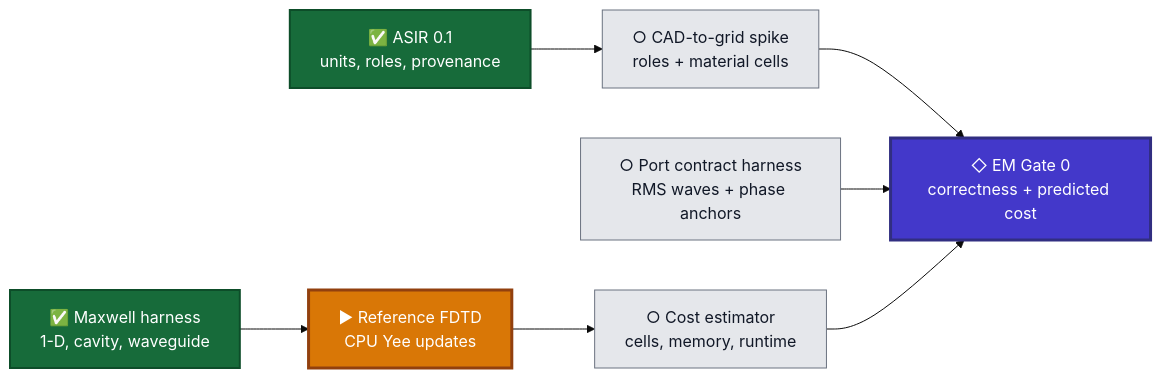
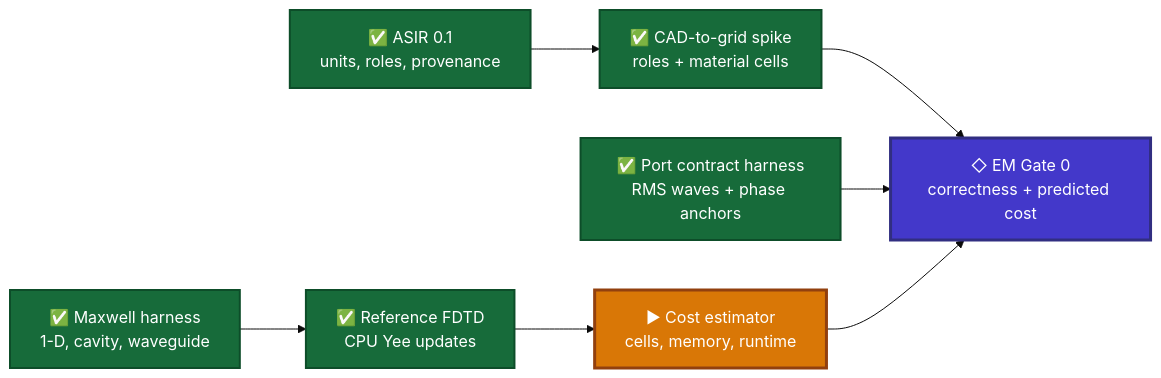
The third of 4 diagrams in docs/DEVELOPMENT_STORYBOARD.md (TJ-Engineer/EMS-Studio), drawn with Mermaid (base theme) before and after one commit. The commit also changed other lines of this file and 85 other files, not shown here.

Commit message:
checkpoint-reel3-cad-to-grid

````diff
--- a/docs/DEVELOPMENT_STORYBOARD.md
+++ b/docs/DEVELOPMENT_STORYBOARD.md
@@ -94,24 +94,23 @@
 ```mermaid
 flowchart LR
     A["✅ ASIR 0.1<br/>units, roles, provenance"]
     V["✅ Maxwell harness<br/>1-D, cavity, waveguide"]
-    D["▶ Reference FDTD<br/>CPU Yee updates"]
-    N["○ Port contract harness<br/>RMS waves + phase anchors"]
-    X["○ CAD-to-grid spike<br/>roles + material cells"]
-    E["○ Cost estimator<br/>cells, memory, runtime"]
+    D["✅ Reference FDTD<br/>CPU Yee updates"]
+    N["✅ Port contract harness<br/>RMS waves + phase anchors"]
+    X["✅ CAD-to-grid spike<br/>roles + material cells"]
+    E["▶ Cost estimator<br/>cells, memory, runtime"]
     G["◇ EM Gate 0<br/>correctness + predicted cost"]
 
     A --> X --> G
     V --> D
     N --> G
     D --> E --> G
 
     classDef current fill:#d97706,color:#ffffff,stroke:#92400e,stroke-width:3px;
     classDef done fill:#176b3a,color:#ffffff,stroke:#0d4d29,stroke-width:2px;
     classDef planned fill:#e5e7eb,color:#111827,stroke:#6b7280,stroke-width:1px;
     classDef gate fill:#4338ca,color:#ffffff,stroke:#312e81,stroke-width:3px;
-    class A,V done;
-    class D current;
-    class N,X,E planned;
+    class A,V,D,N,X done;
+    class E current;
     class G gate;
 ```
````
